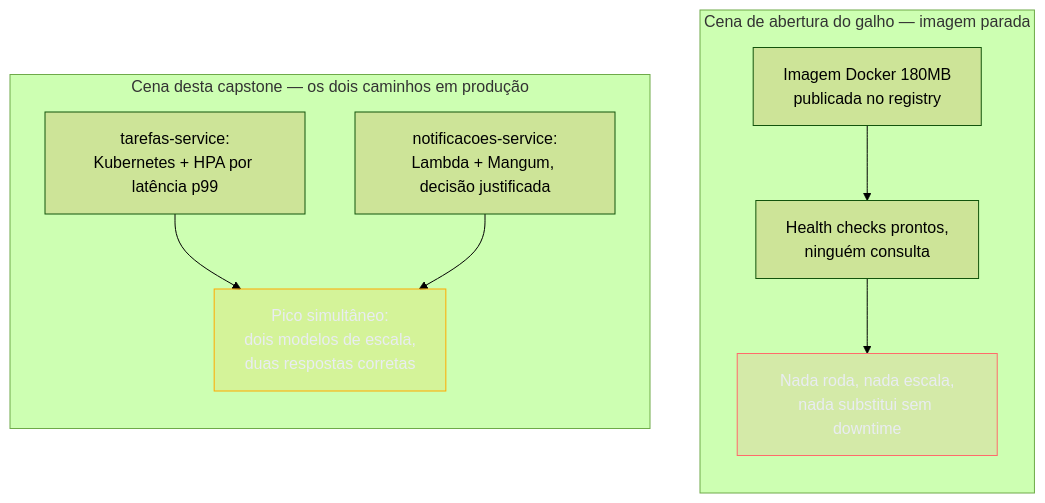
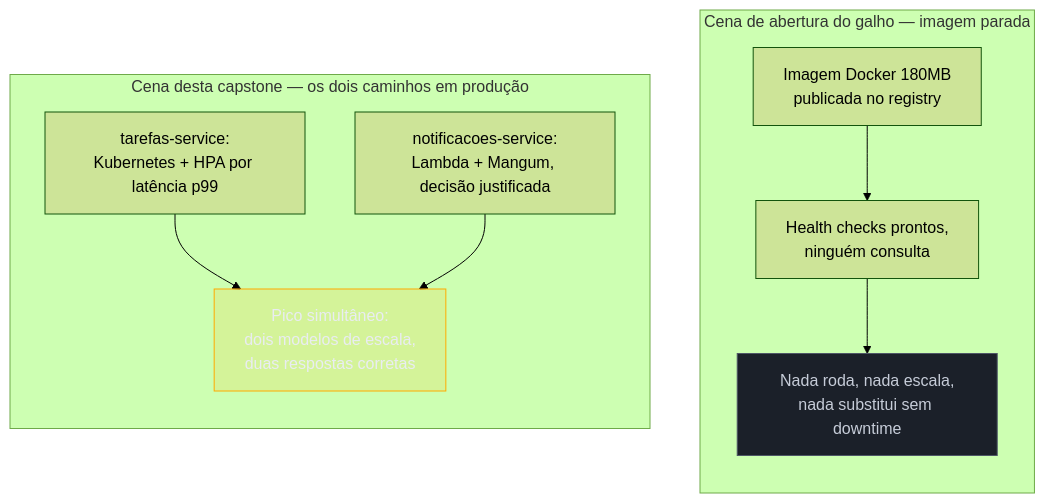
Before and after one commit to josenaldo/codex-technomanticus: the first of 3 diagrams in 03-Dominios/Tecnologia/Python/Cloud-native e produção/08 - Capstone — os dois serviços em produção de verdade.md, drawn with Mermaid (forest theme). The commit also changed 601 other files, not shown here.

````diff
--- a/03-Dominios/Tecnologia/Python/Cloud-native e produção/08 - Capstone — os dois serviços em produção de verdade.md
+++ b/03-Dominios/Tecnologia/Python/Cloud-native e produção/08 - Capstone — os dois serviços em produção de verdade.md
@@ -32,24 +32,24 @@
 ```mermaid
 flowchart TB
-    classDef falha fill:#FF6B6B24,stroke:#FF6B6B,color:#E9ECF2
+    classDef neutro fill:#1B2029,stroke:#4E5666,color:#C6CCD8
     classDef destaque fill:#FFAA0024,stroke:#FFAA00,color:#E9ECF2
     subgraph Antes["Cena de abertura do galho — imagem parada"]
         direction TB
         A1["Imagem Docker 180MB<br/>publicada no registry"]
         A2["Health checks prontos,<br/>ninguém consulta"]
         A3["Nada roda, nada escala,<br/>nada substitui sem downtime"]
         A1 --> A2 --> A3
     end
 
     subgraph Depois["Cena desta capstone — os dois caminhos em produção"]
         direction TB
         D1["tarefas-service:<br/>Kubernetes + HPA por latência p99"]
         D2["notificacoes-service:<br/>Lambda + Mangum, decisão justificada"]
         D3["Pico simultâneo:<br/>dois modelos de escala,<br/>duas respostas corretas"]
         D1 --> D3
         D2 --> D3
     end
 
-    class A3 falha
+    class A3 neutro
     class D3 destaque
 ```
````
